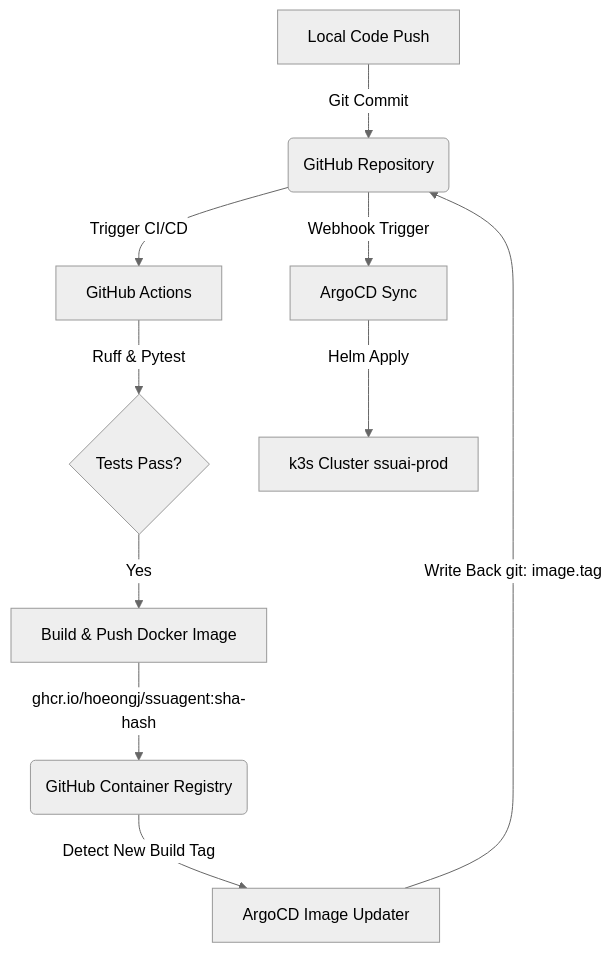
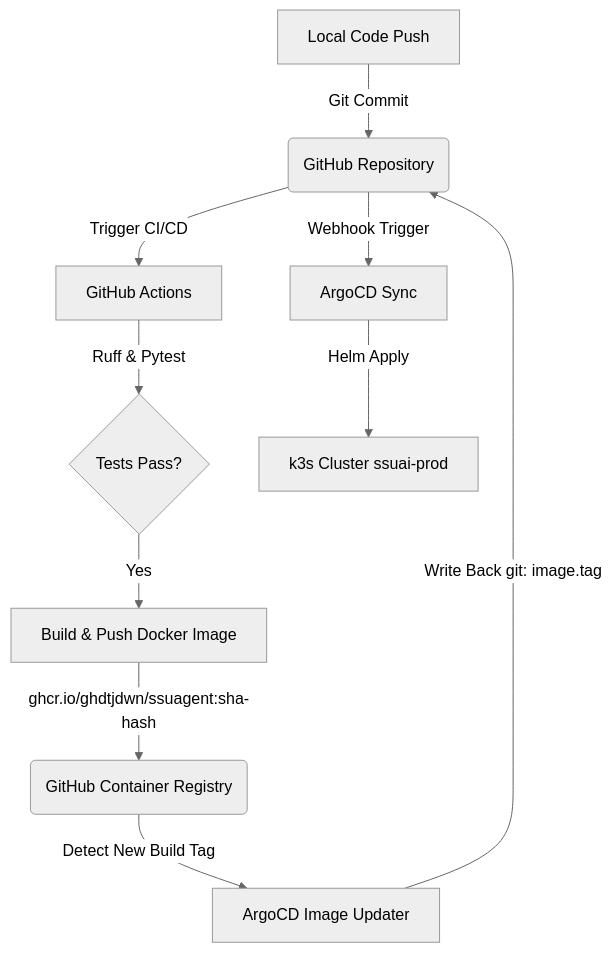
The diagram in docs/deploy.md (ghdtjdwn/ssuAgent), drawn with Mermaid (neutral theme) before and after one commit. The commit also changed other lines of this file and 6 other files, not shown here.

Commit message:
chore: migrate GitHub username references

````diff
--- a/docs/deploy.md
+++ b/docs/deploy.md
@@ -70,12 +70,12 @@
 ```mermaid
 graph TD
     A[Local Code Push] -->|Git Commit| B(GitHub Repository)
     B -->|Trigger CI/CD| C[GitHub Actions]
     C -->|Ruff & Pytest| D{Tests Pass?}
     D -->|Yes| E[Build & Push Docker Image]
-    E -->|ghcr.io/hoeongj/ssuagent:sha-hash| F(GitHub Container Registry)
+    E -->|ghcr.io/ghdtjdwn/ssuagent:sha-hash| F(GitHub Container Registry)
     F -->|Detect New Build Tag| G[ArgoCD Image Updater]
     G -->|Write Back git: image.tag| B
     B -->|Webhook Trigger| H[ArgoCD Sync]
     H -->|Helm Apply| I[k3s Cluster ssuai-prod]
 ```
````
